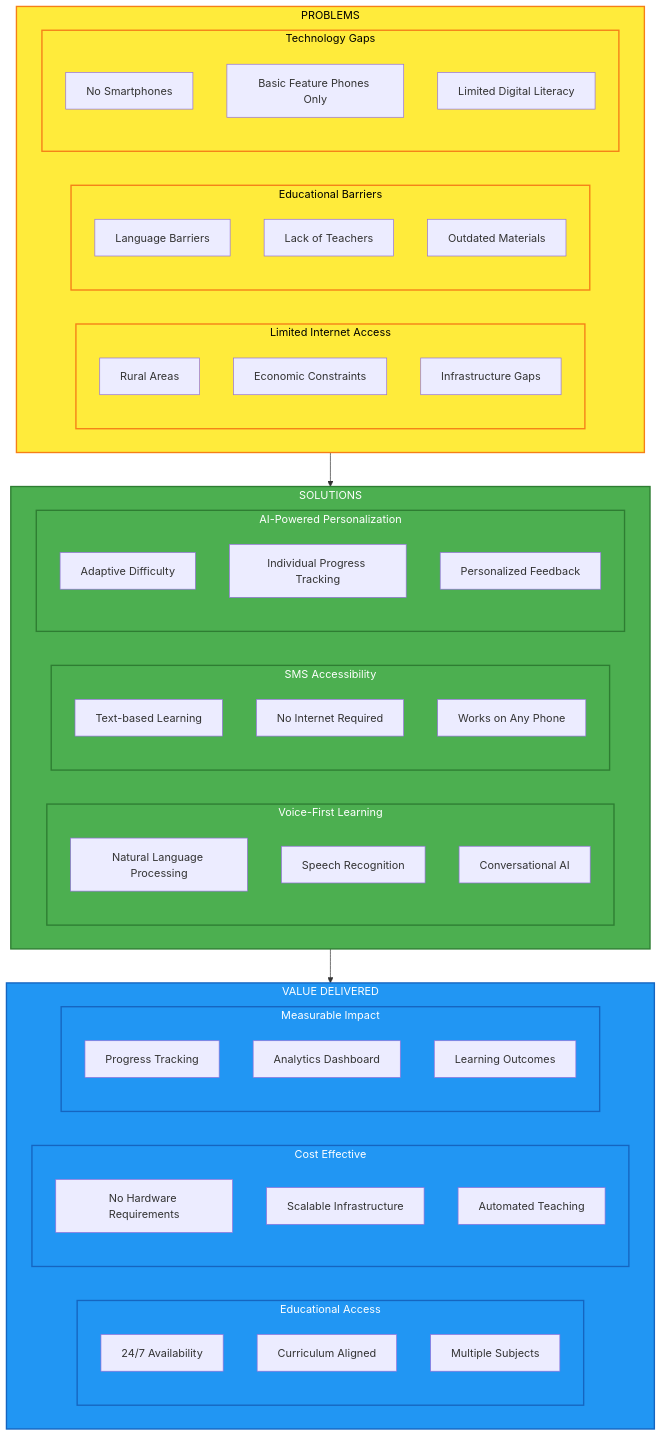
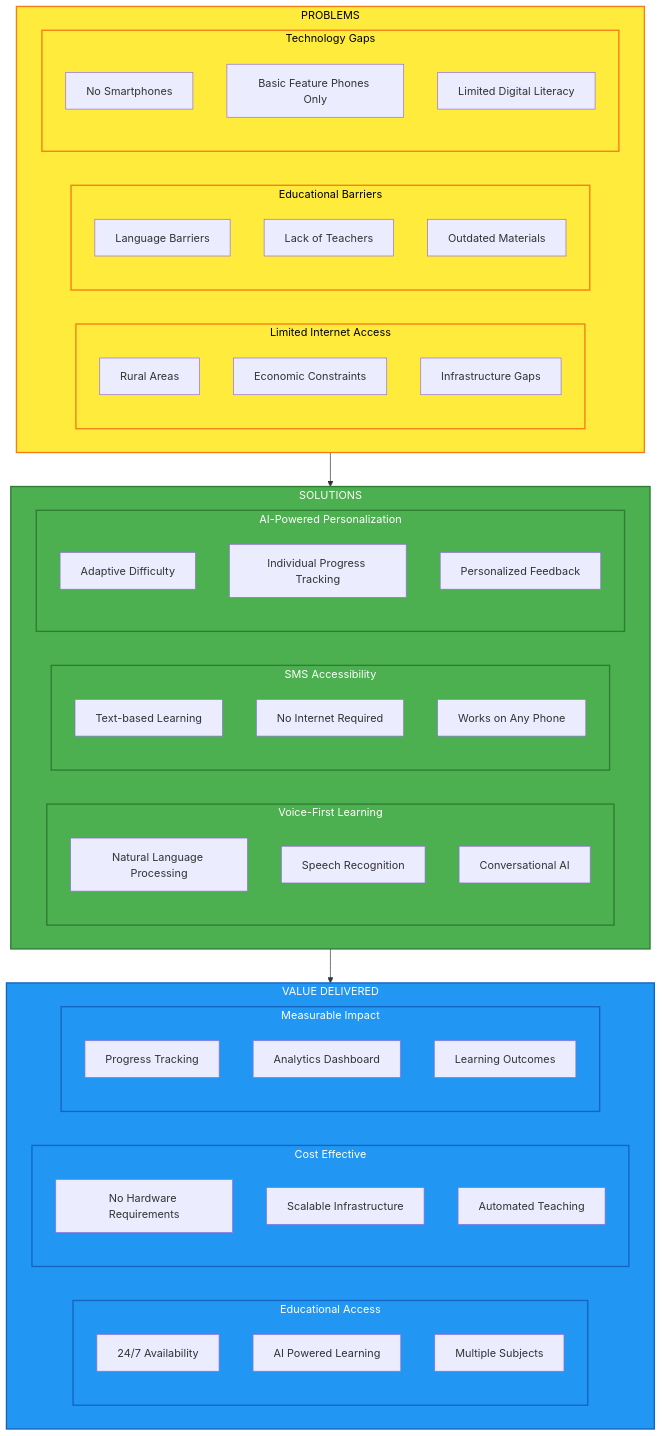
One commit to bakameai/mvp changed the first of 6 diagrams in docs/value_proposition_diagram.md. Above: the diagram before and after it, drawn with Mermaid. The commit also changed other lines of this file and 16 other files, not shown here.

````diff
--- a/docs/value_proposition_diagram.md
+++ b/docs/value_proposition_diagram.md
@@ -5,67 +5,67 @@
 ```mermaid
 flowchart TD
     subgraph Problem ["PROBLEMS" ]
         subgraph P1 ["Limited Internet Access"]
             P1A[Rural Areas]
             P1B[Economic Constraints]
             P1C[Infrastructure Gaps]
         end
         subgraph P2 ["Educational Barriers"]
             P2A[Language Barriers]
             P2B[Lack of Teachers]
             P2C[Outdated Materials]
         end
         subgraph P3 ["Technology Gaps"]
             P3A[No Smartphones]
             P3B[Basic Feature Phones Only]
             P3C[Limited Digital Literacy]
         end
     end
     
     subgraph Solution ["SOLUTIONS"]
         subgraph S1 ["Voice-First Learning"]
             S1A[Natural Language Processing]
             S1B[Speech Recognition]
             S1C[Conversational AI]
         end
         subgraph S2 ["SMS Accessibility"]
             S2A[Text-based Learning]
             S2B[No Internet Required]
             S2C[Works on Any Phone]
         end
         subgraph S3 ["AI-Powered Personalization"]
             S3A[Adaptive Difficulty]
             S3B[Individual Progress Tracking]
             S3C[Personalized Feedback]
         end
     end
     
     subgraph Value ["VALUE DELIVERED"]
         subgraph V1 ["Educational Access"]
             V1A[24/7 Availability]
-            V1B[Curriculum Aligned]
+            V1B[AI Powered Learning]
             V1C[Multiple Subjects]
         end
         subgraph V2 ["Cost Effective"]
             V2A[No Hardware Requirements]
             V2B[Scalable Infrastructure]
             V2C[Automated Teaching]
         end
         subgraph V3 ["Measurable Impact"]
             V3A[Progress Tracking]
             V3B[Analytics Dashboard]
             V3C[Learning Outcomes]
         end
     end
     
     Problem --> Solution
     Solution --> Value
     
     classDef problemStyle fill:#ffeb3b,stroke:#f57f17,stroke-width:2px,color:#000
     classDef solutionStyle fill:#4caf50,stroke:#2e7d32,stroke-width:2px,color:#fff
     classDef valueStyle fill:#2196f3,stroke:#1565c0,stroke-width:2px,color:#fff
     
     class Problem,P1,P2,P3 problemStyle
     class Solution,S1,S2,S3 solutionStyle
     class Value,V1,V2,V3 valueStyle
 ```
````
